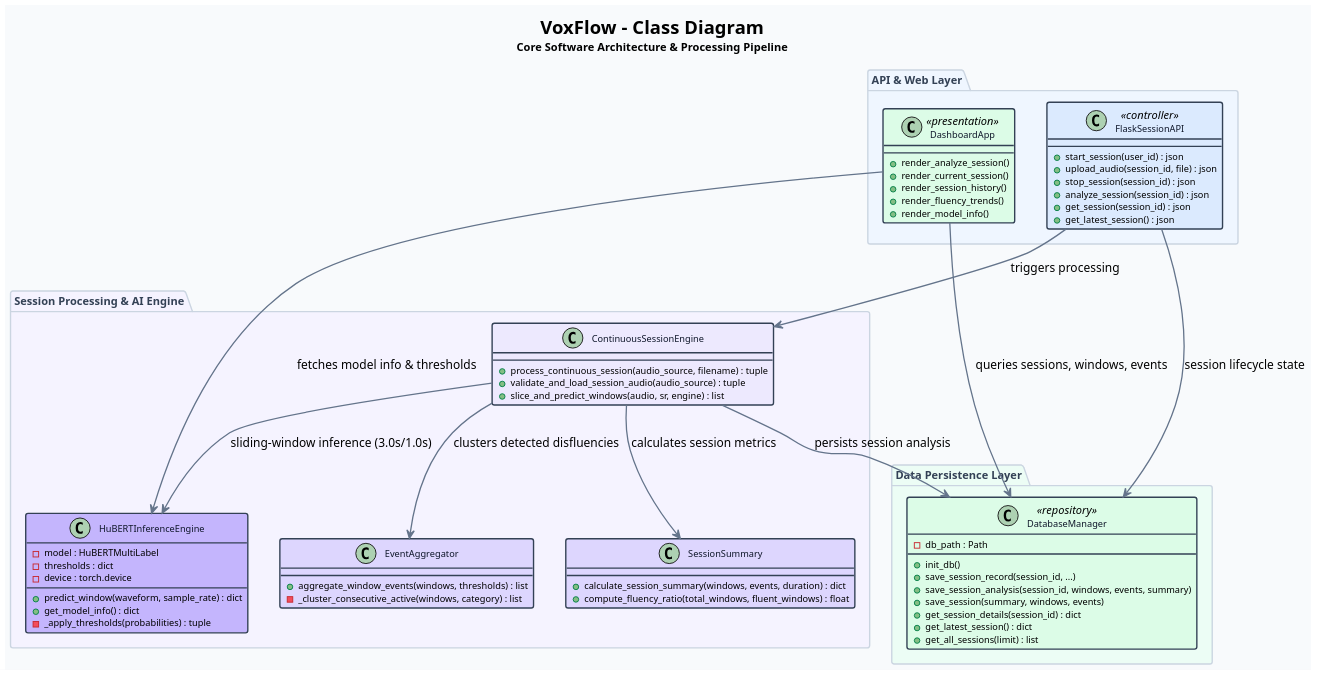
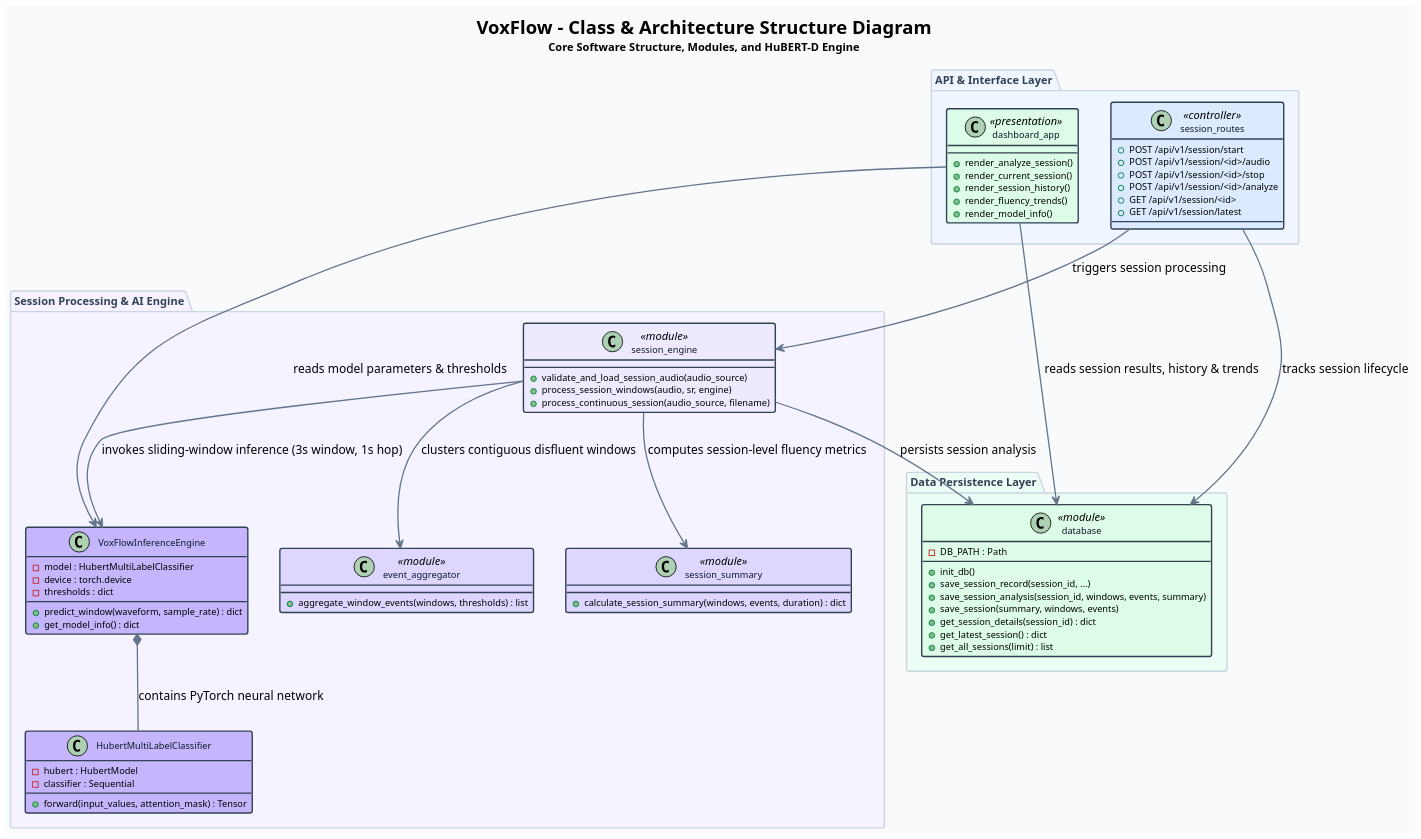
Before and after one commit to PetaSivaNandhanReddy/voxflow: the diagram in VoxFlow_uml/VoxFlow_uml/uml/02_class.puml, drawn with PlantUML. The commit also changed 11 other files, not shown here.

Commit message:
docs: refine uml class, state machine, and architecture representations

```diff
--- a/VoxFlow_uml/VoxFlow_uml/uml/02_class.puml
+++ b/VoxFlow_uml/VoxFlow_uml/uml/02_class.puml
@@ -1,119 +1,123 @@
 @startuml
-title <size:20><b>VoxFlow - Class Diagram</b></size>\n<size:12>Core Software Architecture & Processing Pipeline</size>
+title <size:20><b>VoxFlow - Class & Architecture Structure Diagram</b></size>\n<size:12>Core Software Structure, Modules, and HuBERT-D Engine</size>
 
 skinparam backgroundColor #F8FAFC
 skinparam shadowing false
 skinparam dpi 170
 
 skinparam class {
     BackgroundColor #FFFFFF
     BorderColor #334155
     BorderThickness 1.5
     FontColor #0F172A
     FontSize 11
     AttributeFontSize 10
     MethodFontSize 10
     ArrowColor #64748B
 }
 
 skinparam ArrowThickness 1.4
 
 skinparam package {
     BackgroundColor #F8FAFC
     BorderColor #CBD5E1
     BorderThickness 1.5
     FontColor #334155
     FontSize 12
     FontStyle bold
 }
 
 ' =========================================================
-' API & CONTROLLER LAYER
+' API & PRESENTATION LAYER
 ' =========================================================
 
-package "API & Web Layer" #EFF6FF {
+package "API & Interface Layer" #EFF6FF {
 
-    class "FlaskSessionAPI" as API <<controller>> #DBEAFE {
-        + start_session(user_id) : json
-        + upload_audio(session_id, file) : json
-        + stop_session(session_id) : json
-        + analyze_session(session_id) : json
-        + get_session(session_id) : json
-        + get_latest_session() : json
+    class "session_routes" as API <<controller>> #DBEAFE {
+        + POST /api/v1/session/start
+        + POST /api/v1/session/<id>/audio
+        + POST /api/v1/session/<id>/stop
+        + POST /api/v1/session/<id>/analyze
+        + GET /api/v1/session/<id>
+        + GET /api/v1/session/latest
     }
 
-    class "DashboardApp" as UI <<presentation>> #DCFCE7 {
+    class "dashboard_app" as UI <<presentation>> #DCFCE7 {
         + render_analyze_session()
         + render_current_session()
         + render_session_history()
         + render_fluency_trends()
         + render_model_info()
     }
 }
 
 ' =========================================================
-' PROCESSING & INFERENCE LAYER
+' PROCESSING & INFERENCE ENGINE
 ' =========================================================
 
 package "Session Processing & AI Engine" #F5F3FF {
 
-    class "ContinuousSessionEngine" as Engine #EDE9FE {
-        + process_continuous_session(audio_source, filename) : tuple
-        + validate_and_load_session_audio(audio_source) : tuple
-        + slice_and_predict_windows(audio, sr, engine) : list
+    class "session_engine" as Engine <<module>> #EDE9FE {
+        + validate_and_load_session_audio(audio_source)
+        + process_session_windows(audio, sr, engine)
+        + process_continuous_session(audio_source, filename)
     }
 
-    class "HuBERTInferenceEngine" as Model #C4B5FD {
-        - model : HuBERTMultiLabel
+    class "VoxFlowInferenceEngine" as InfEngine #C4B5FD {
+        - model : HubertMultiLabelClassifier
+        - device : torch.device
         - thresholds : dict
-        - device : torch.device
         + predict_window(waveform, sample_rate) : dict
         + get_model_info() : dict
-        - _apply_thresholds(probabilities) : tuple
     }
 
-    class "EventAggregator" as Aggregator #DDD6FE {
-        + aggregate_window_events(windows, thresholds) : list
-        - _cluster_consecutive_active(windows, category) : list
+    class "HubertMultiLabelClassifier" as HubertModel #C4B5FD {
+        - hubert : HubertModel
+        - classifier : Sequential
+        + forward(input_values, attention_mask) : Tensor
     }
 
-    class "SessionSummary" as Summary #DDD6FE {
+    class "event_aggregator" as Aggregator <<module>> #DDD6FE {
+        + aggregate_window_events(windows, thresholds) : list
+    }
+
+    class "session_summary" as Summary <<module>> #DDD6FE {
         + calculate_session_summary(windows, events, duration) : dict
-        + compute_fluency_ratio(total_windows, fluent_windows) : float
     }
 }
 
 ' =========================================================
 ' DATA PERSISTENCE LAYER
 ' =========================================================
 
 package "Data Persistence Layer" #ECFDF5 {
 
-    class "DatabaseManager" as DB <<repository>> #DCFCE7 {
-        - db_path : Path
+    class "database" as DB <<module>> #DCFCE7 {
+        - DB_PATH : Path
         + init_db()
         + save_session_record(session_id, ...)
         + save_session_analysis(session_id, windows, events, summary)
         + save_session(summary, windows, events)
         + get_session_details(session_id) : dict
         + get_latest_session() : dict
         + get_all_sessions(limit) : list
     }
 }
 
 ' =========================================================
-' RELATIONSHIPS
+' RELATIONSHIPS & DATA FLOW
 ' =========================================================
 
-API --> Engine : triggers processing
-Engine --> Model : sliding-window inference (3.0s/1.0s)
-Engine --> Aggregator : clusters detected disfluencies
-Engine --> Summary : calculates session metrics
+API --> Engine : triggers session processing
+Engine --> InfEngine : invokes sliding-window inference (3s window, 1s hop)
+InfEngine *-- HubertModel : contains PyTorch neural network
+Engine --> Aggregator : clusters contiguous disfluent windows
+Engine --> Summary : computes session-level fluency metrics
 Engine --> DB : persists session analysis
 
-API --> DB : session lifecycle state
+API --> DB : tracks session lifecycle
 
-UI --> DB : queries sessions, windows, events
-UI --> Model : fetches model info & thresholds
+UI --> DB : reads session results, history & trends
+UI --> InfEngine : reads model parameters & thresholds
 
 @enduml
```
